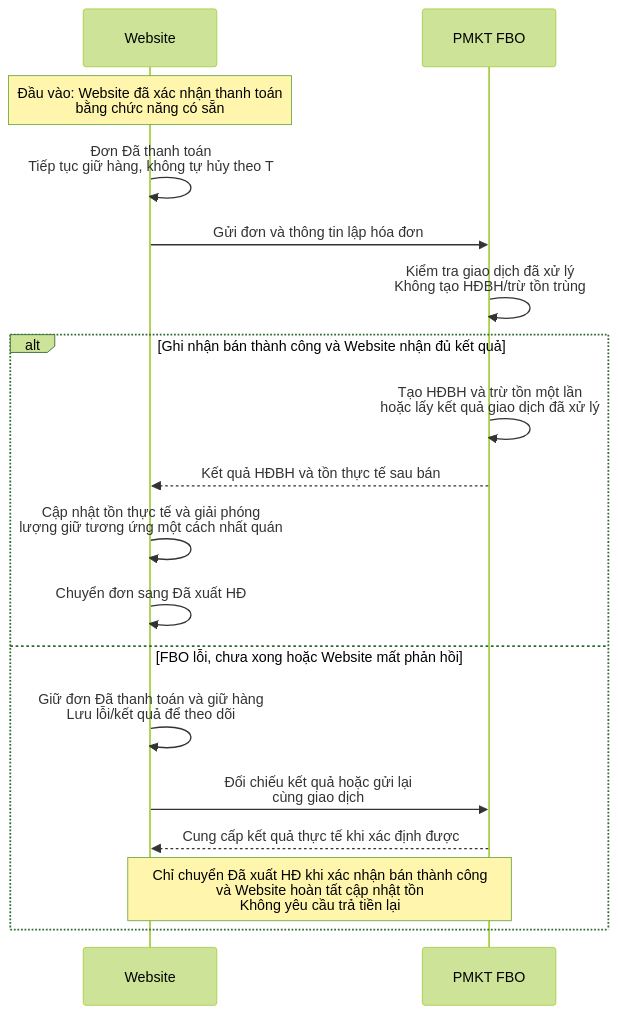
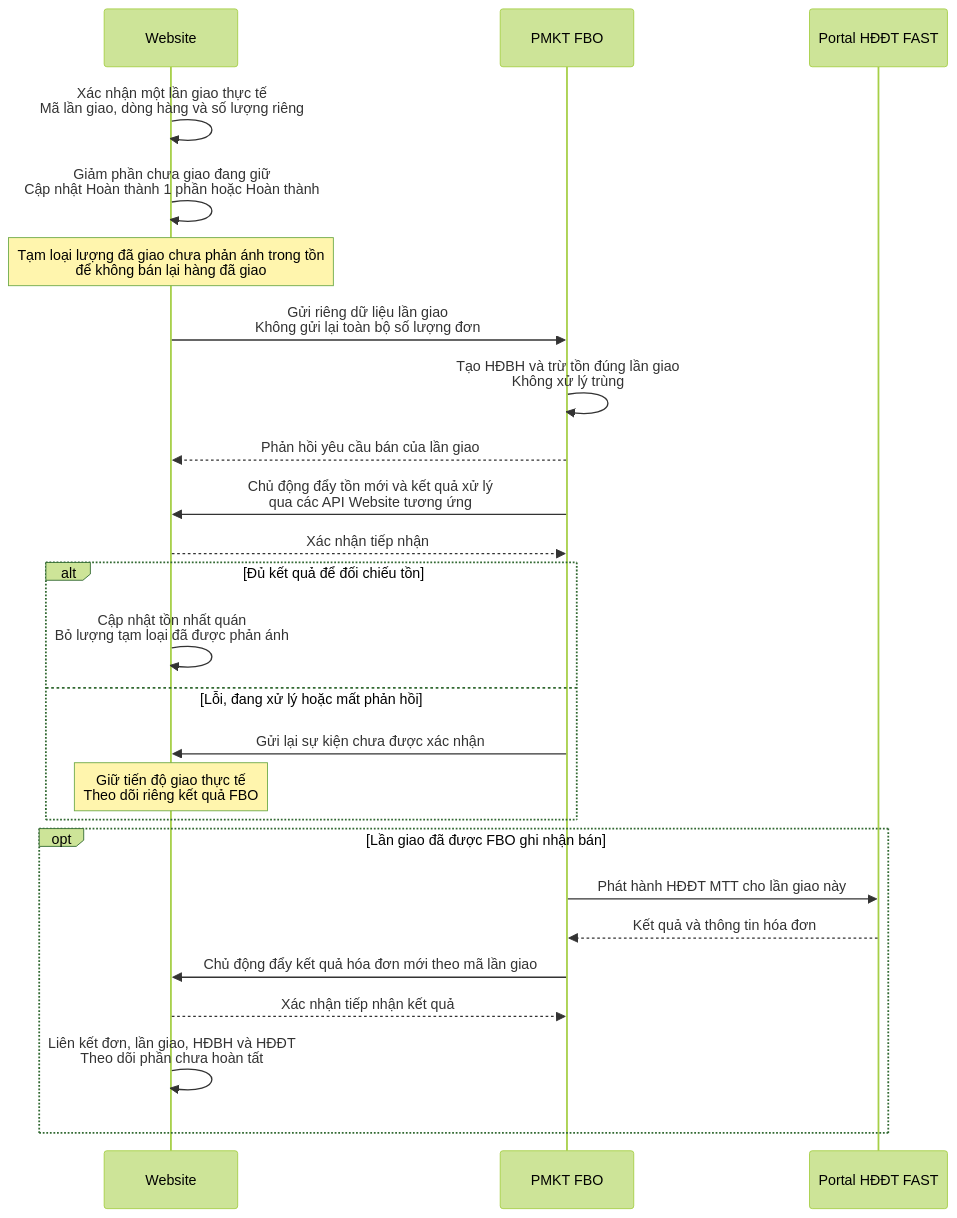
The second of 4 diagrams in BRD.md (quangnh0609/PhuongThao), drawn with Mermaid (forest theme) before and after one commit. The commit also changed other lines of this file and 56 other files, not shown here.

````diff
--- a/BRD.md
+++ b/BRD.md
@@ -189,20 +153,27 @@
 ```mermaid
 sequenceDiagram
     participant WEB as Website
     participant FBO as PMKT FBO
-    Note over WEB: Đầu vào: Website đã xác nhận thanh toán<br/>bằng chức năng có sẵn
-    WEB->>WEB: Đơn Đã thanh toán<br/>Tiếp tục giữ hàng, không tự hủy theo T
-    WEB->>FBO: Gửi đơn và thông tin lập hóa đơn
-    FBO->>FBO: Kiểm tra giao dịch đã xử lý<br/>Không tạo HĐBH/trừ tồn trùng
-    alt Ghi nhận bán thành công và Website nhận đủ kết quả
-        FBO->>FBO: Tạo HĐBH và trừ tồn một lần<br/>hoặc lấy kết quả giao dịch đã xử lý
-        FBO-->>WEB: Kết quả HĐBH và tồn thực tế sau bán
-        WEB->>WEB: Cập nhật tồn thực tế và giải phóng<br/>lượng giữ tương ứng một cách nhất quán
-        WEB->>WEB: Chuyển đơn sang Đã xuất HĐ
-    else FBO lỗi, chưa xong hoặc Website mất phản hồi
-        WEB->>WEB: Giữ đơn Đã thanh toán và giữ hàng<br/>Lưu lỗi/kết quả để theo dõi
-        WEB->>FBO: Đối chiếu kết quả hoặc gửi lại<br/>cùng giao dịch
-        FBO-->>WEB: Cung cấp kết quả thực tế khi xác định được
-        Note over WEB,FBO: Chỉ chuyển Đã xuất HĐ khi xác nhận bán thành công<br/>và Website hoàn tất cập nhật tồn<br/>Không yêu cầu trả tiền lại
+    participant PORTAL as Portal HĐĐT FAST
+    WEB->>WEB: Xác nhận một lần giao thực tế<br/>Mã lần giao, dòng hàng và số lượng riêng
+    WEB->>WEB: Giảm phần chưa giao đang giữ<br/>Cập nhật Hoàn thành 1 phần hoặc Hoàn thành
+    Note over WEB: Tạm loại lượng đã giao chưa phản ánh trong tồn<br/>để không bán lại hàng đã giao
+    WEB->>FBO: Gửi riêng dữ liệu lần giao<br/>Không gửi lại toàn bộ số lượng đơn
+    FBO->>FBO: Tạo HĐBH và trừ tồn đúng lần giao<br/>Không xử lý trùng
+    FBO-->>WEB: Phản hồi yêu cầu bán của lần giao
+    FBO->>WEB: Chủ động đẩy tồn mới và kết quả xử lý<br/>qua các API Website tương ứng
+    WEB-->>FBO: Xác nhận tiếp nhận
+    alt Đủ kết quả để đối chiếu tồn
+        WEB->>WEB: Cập nhật tồn nhất quán<br/>Bỏ lượng tạm loại đã được phản ánh
+    else Lỗi, đang xử lý hoặc mất phản hồi
+        FBO->>WEB: Gửi lại sự kiện chưa được xác nhận
+        Note over WEB: Giữ tiến độ giao thực tế<br/>Theo dõi riêng kết quả FBO
+    end
+    opt Lần giao đã được FBO ghi nhận bán
+        FBO->>PORTAL: Phát hành HĐĐT MTT cho lần giao này
+        PORTAL-->>FBO: Kết quả và thông tin hóa đơn
+        FBO->>WEB: Chủ động đẩy kết quả hóa đơn mới theo mã lần giao
+        WEB-->>FBO: Xác nhận tiếp nhận kết quả
+        WEB->>WEB: Liên kết đơn, lần giao, HĐBH và HĐĐT<br/>Theo dõi phần chưa hoàn tất
     end
 ```
````
